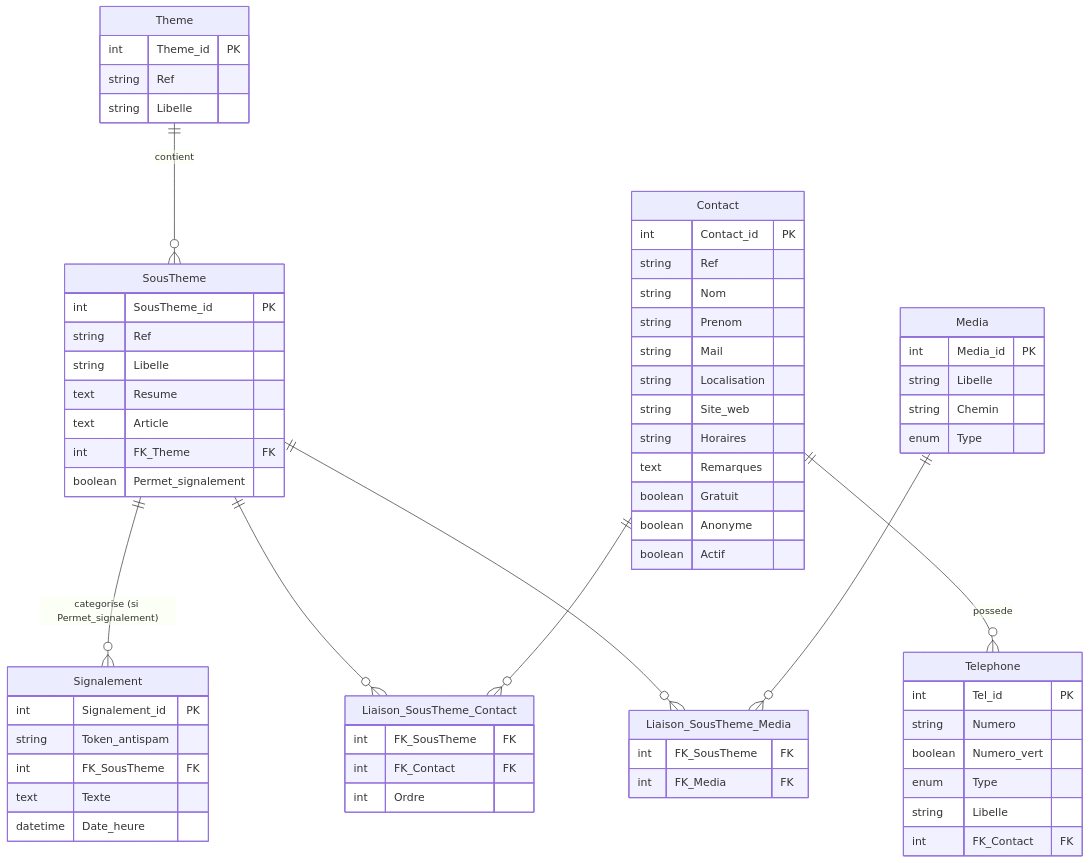
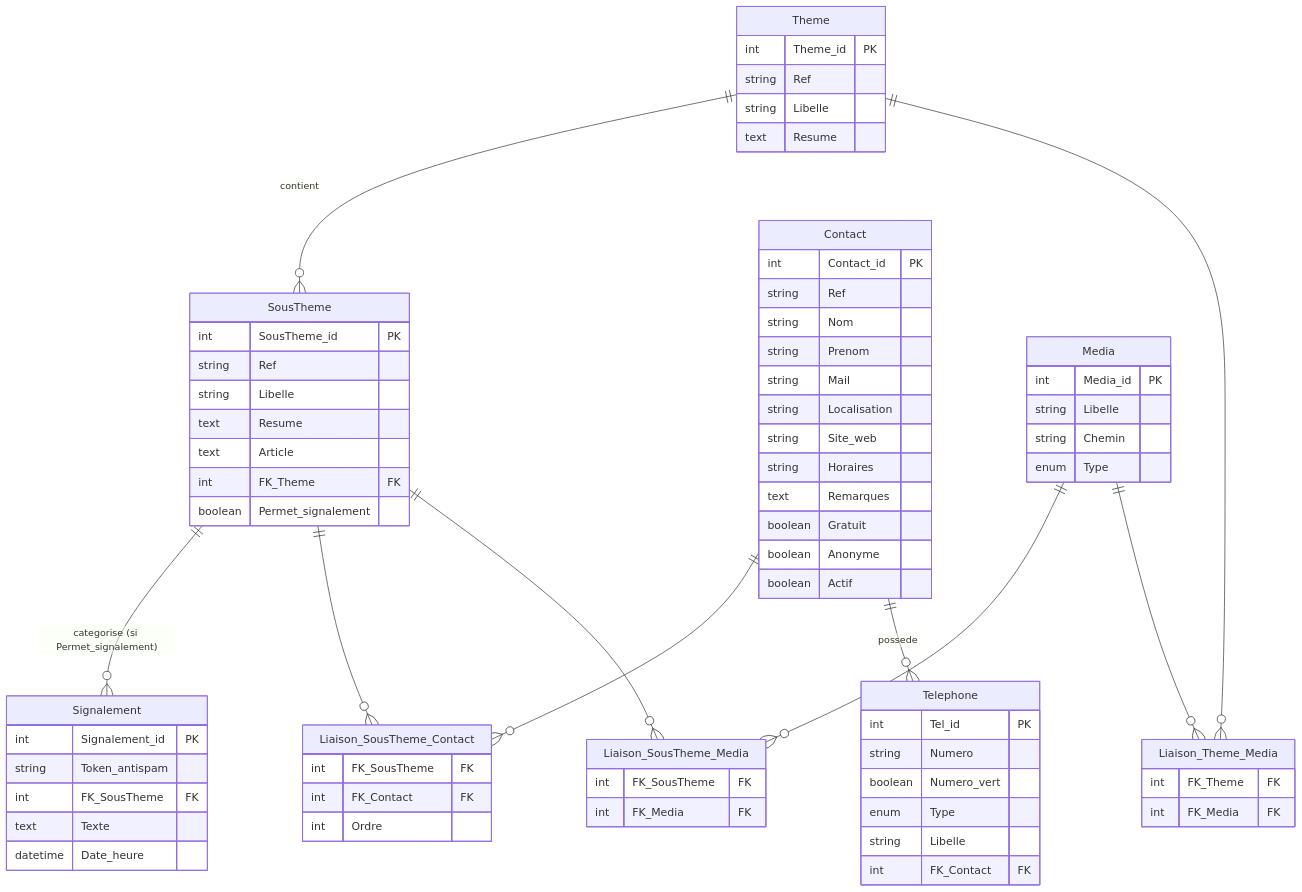
Before and after one commit to S-T-L/Safe-Campus-back: the second of 4 diagrams in docs/schema_bd.md, drawn with Mermaid. The commit also changed other lines of this file and 10 other files, not shown here.

````diff
--- a/docs/schema_bd.md
+++ b/docs/schema_bd.md
@@ -112,6 +112,7 @@
         int    Theme_id PK
         string Ref
         string Libelle
+        text   Resume
     }
 
     SousTheme {
@@ -174,6 +175,11 @@
         int FK_Media     FK
     }
 
+    Liaison_Theme_Media {
+        int FK_Theme FK
+        int FK_Media FK
+    }
+
     Theme     ||--o{ SousTheme                 : "contient"
     SousTheme ||--o{ Signalement               : "categorise (si Permet_signalement)"
     SousTheme ||--o{ Liaison_SousTheme_Contact : ""
@@ -181,4 +187,6 @@
     Contact   ||--o{ Telephone                 : "possede"
     SousTheme ||--o{ Liaison_SousTheme_Media   : ""
     Media     ||--o{ Liaison_SousTheme_Media   : ""
+    Theme     ||--o{ Liaison_Theme_Media       : ""
+    Media     ||--o{ Liaison_Theme_Media       : ""
 ```
````
